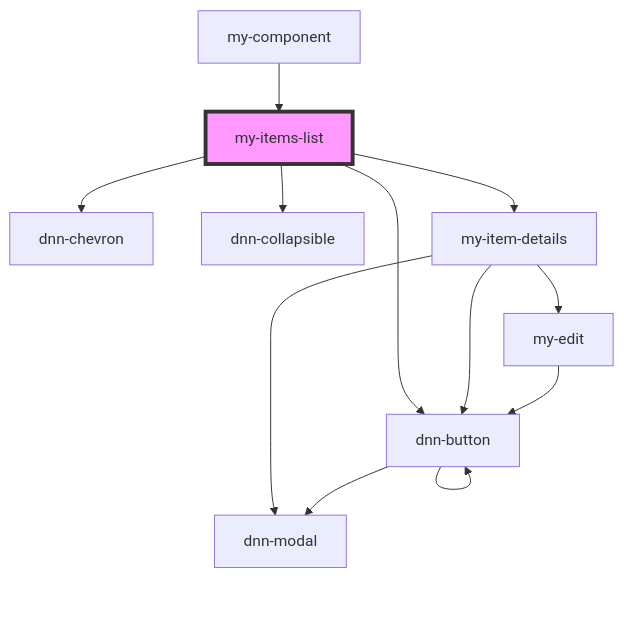
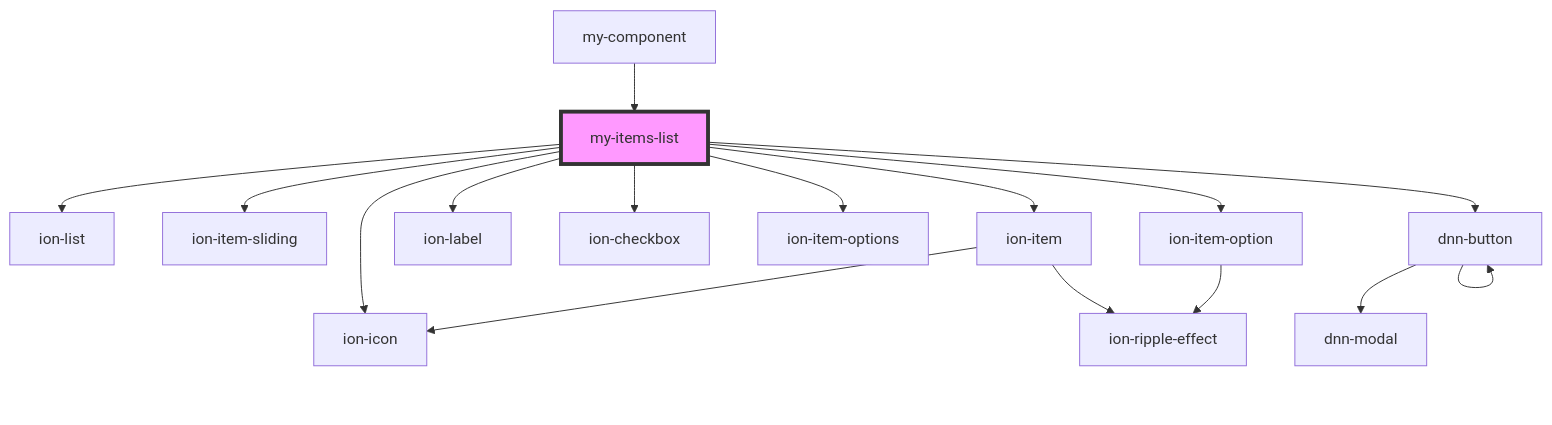
The diagram in module.web/src/components/my-items-list/readme.md (david-poindexter/DNN.IonicToDo), drawn with Mermaid before and after one commit. The commit also changed other lines of this file and 8 other files, not shown here.

````diff
--- a/module.web/src/components/my-items-list/readme.md
+++ b/module.web/src/components/my-items-list/readme.md
@@ -30,15 +35,19 @@
 ```mermaid
 graph TD;
-  my-items-list --> dnn-chevron
-  my-items-list --> dnn-collapsible
-  my-items-list --> my-item-details
+  my-items-list --> ion-list
+  my-items-list --> ion-item-sliding
+  my-items-list --> ion-item
+  my-items-list --> ion-label
+  my-items-list --> ion-checkbox
+  my-items-list --> ion-item-options
+  my-items-list --> ion-item-option
+  my-items-list --> ion-icon
   my-items-list --> dnn-button
-  my-item-details --> dnn-button
-  my-item-details --> dnn-modal
-  my-item-details --> my-edit
+  ion-item --> ion-icon
+  ion-item --> ion-ripple-effect
+  ion-item-option --> ion-ripple-effect
   dnn-button --> dnn-modal
   dnn-button --> dnn-button
-  my-edit --> dnn-button
   my-component --> my-items-list
   style my-items-list fill:#f9f,stroke:#333,stroke-width:4px
 ```
````
